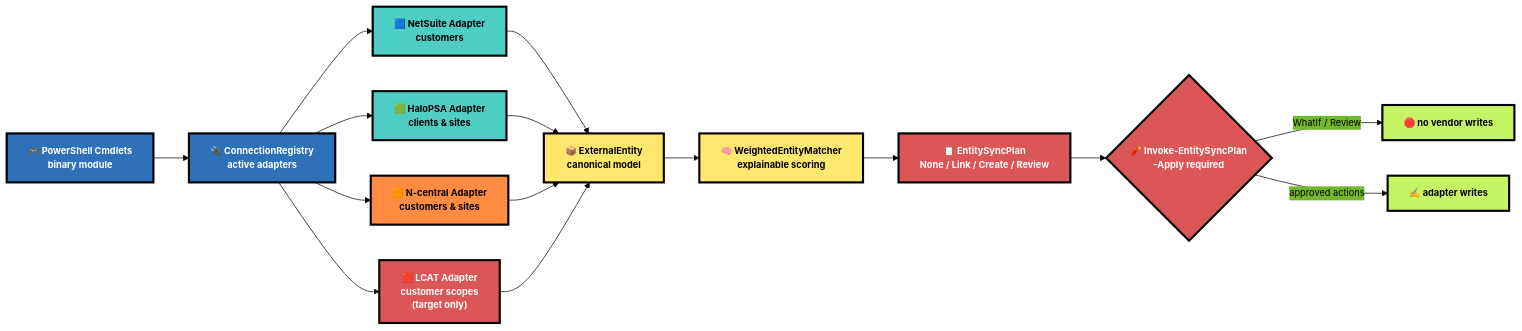
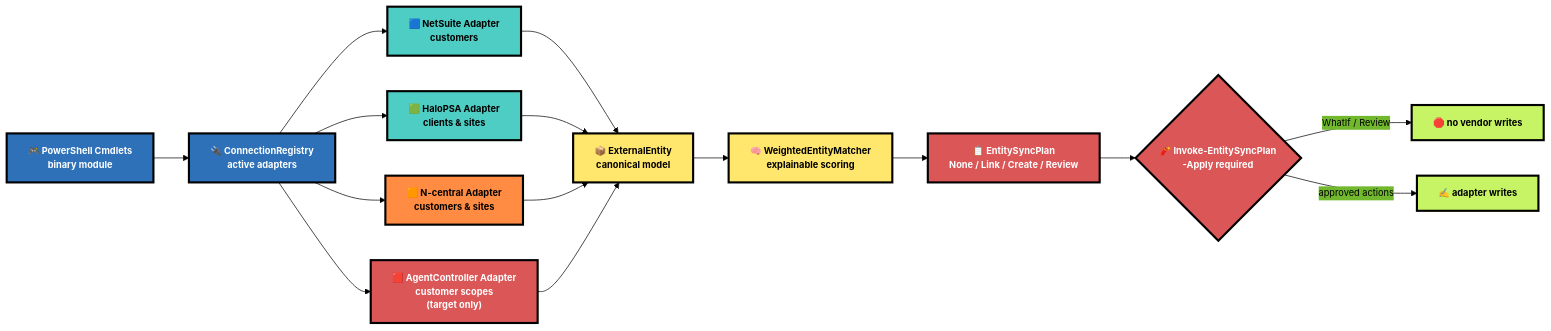
The first of 2 diagrams in README.md (LISSConsulting/LISSTech.EntitySync), drawn with Mermaid before and after one commit. The commit also changed other lines of this file and 43 other files, not shown here.

Commit message:
Rename LTAC adapter to AgentController

````diff
--- a/README.md
+++ b/README.md
@@ -111,34 +112,34 @@
 ```mermaid
 %%{init: {'theme': 'base', 'themeVariables': {'fontFamily': 'monospace', 'fontSize': '13px', 'primaryColor': '#2E71B8', 'primaryBorderColor': '#000', 'primaryTextColor': '#000', 'lineColor': '#000'}}}%%
 graph LR
     A["🎮 PowerShell Cmdlets<br/>binary module"] --> B["🔌 ConnectionRegistry<br/>active adapters"]
     B --> C["🟦 NetSuite Adapter<br/>customers"]
     B --> D["🟩 HaloPSA Adapter<br/>clients & sites"]
     B --> K["🟧 N-central Adapter<br/>customers & sites"]
-    B --> L["🟥 LCAT Adapter<br/>customer scopes<br/>(target only)"]
+    B --> L["🟥 AgentController Adapter<br/>customer scopes<br/>(target only)"]
     C --> E["📦 ExternalEntity<br/>canonical model"]
     D --> E
     K --> E
     L --> E
     E --> F["🧠 WeightedEntityMatcher<br/>explainable scoring"]
     F --> G["📋 EntitySyncPlan<br/>None / Link / Create / Review"]
     G --> H{"🧨 Invoke-EntitySyncPlan<br/>-Apply required"}
     H -->|"WhatIf / Review"| I["🛑 no vendor writes"]
     H -->|"approved actions"| J["✍️ adapter writes"]
 
     classDef blue fill:#2E71B8,stroke:#000,stroke-width:3px,color:#fff,font-weight:bold
     classDef mint fill:#4ECDC4,stroke:#000,stroke-width:3px,color:#000,font-weight:bold
     classDef orange fill:#FF8C42,stroke:#000,stroke-width:3px,color:#000,font-weight:bold
     classDef red2 fill:#DA5657,stroke:#000,stroke-width:3px,color:#fff,font-weight:bold
     classDef amber fill:#FFE66D,stroke:#000,stroke-width:3px,color:#000,font-weight:bold
     classDef red fill:#DA5657,stroke:#000,stroke-width:3px,color:#fff,font-weight:bold
     classDef green fill:#C7F464,stroke:#000,stroke-width:3px,color:#000,font-weight:bold
 
     class A,B blue
     class C,D mint
     class K orange
     class L red2
     class E,F amber
     class G,H red
     class I,J green
 ```
````
